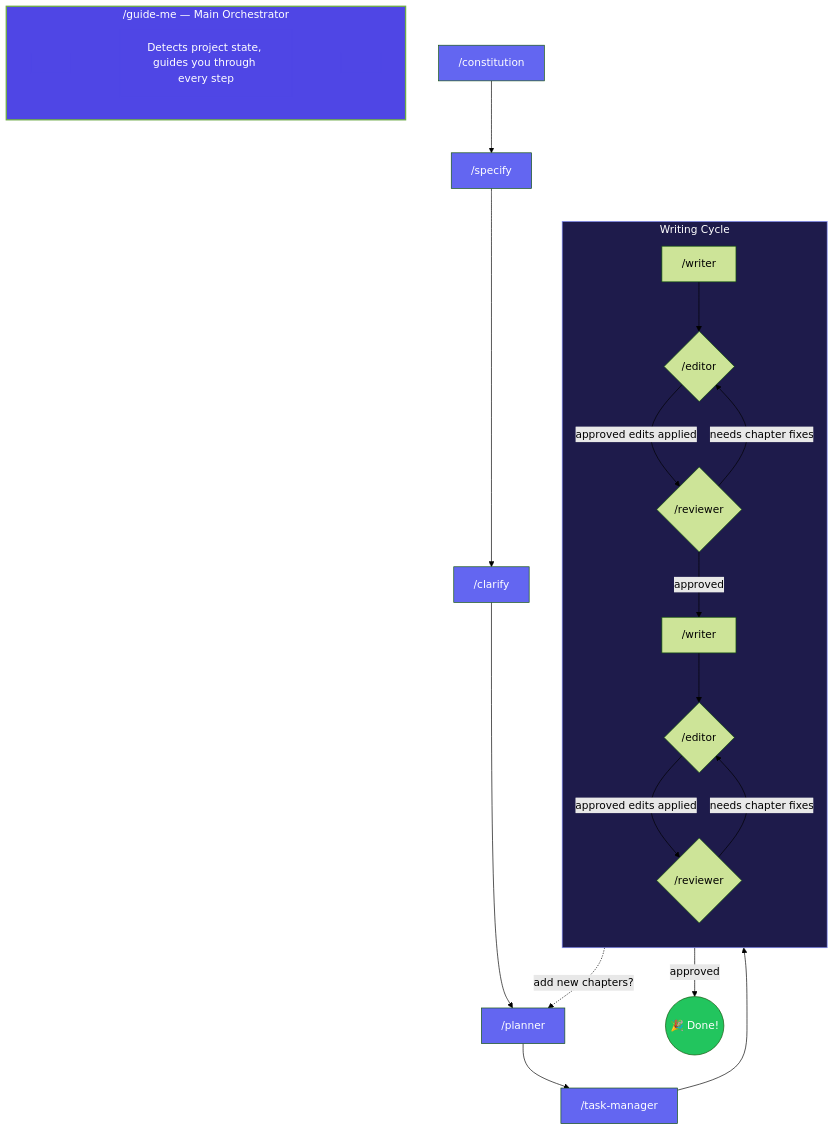
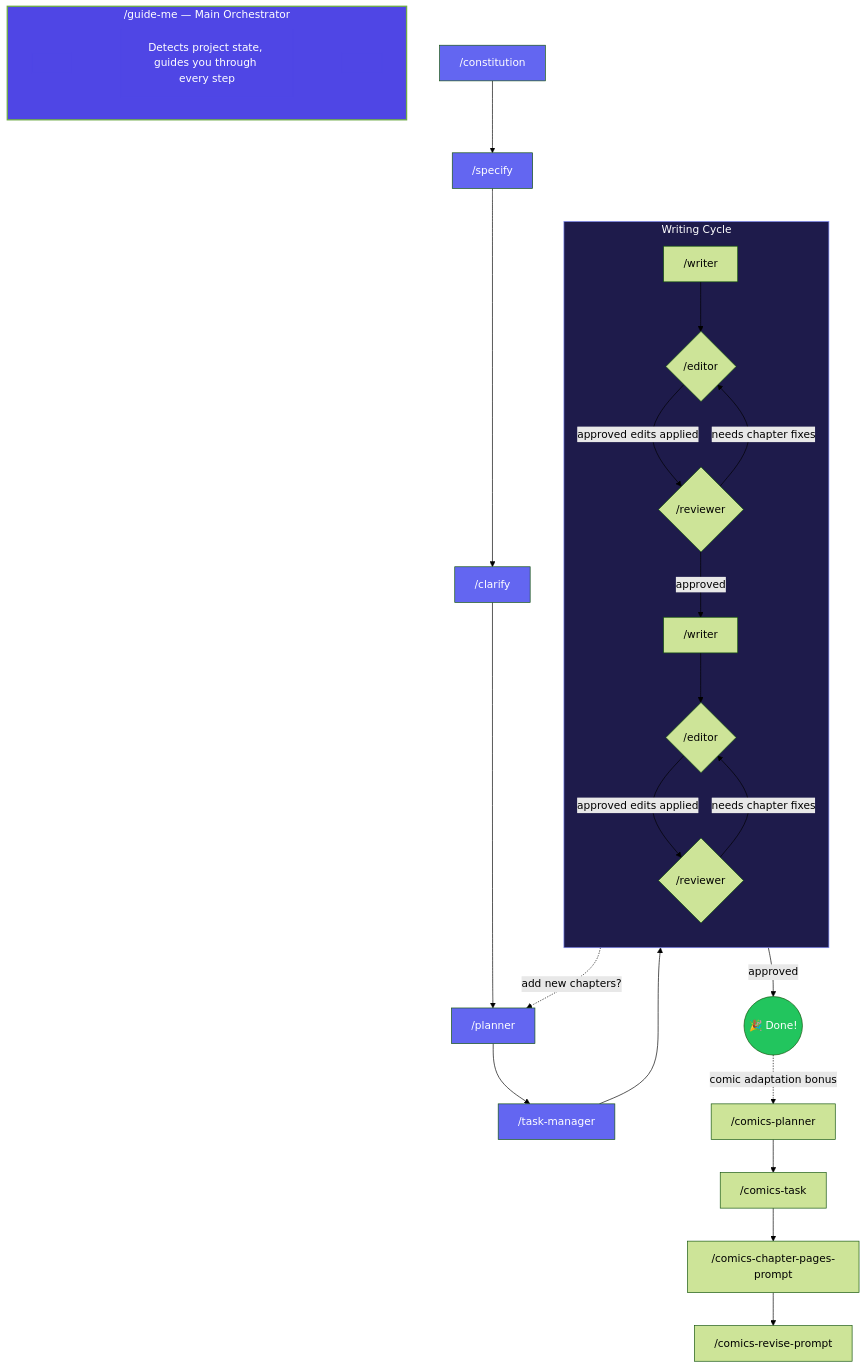
Before and after one commit to JeroTan/novel-writer-english: the diagram in README.md, drawn with Mermaid (forest theme). The commit also changed other lines of this file and 16 other files, not shown here.

Commit message:
feat: added comic creation workflow as a bonus after light novel

````diff
--- a/README.md
+++ b/README.md
@@ -41,41 +42,45 @@
 ```mermaid
 flowchart TD
     subgraph GUIDE["/guide-me — Main Orchestrator"]
         direction LR
         GLEFT[" "] ~~~ GTEXT["Detects project state, guides you through every step"] ~~~ GRIGHT[" "]
     end
 
     B["/constitution"] --> C["/specify"]
     C --> D["/clarify"]
     D --> E["/planner"]
     E --> F["/task-manager"]
     F --> WC
 
     subgraph WC["Writing Cycle"]
         direction TB
         W1["/writer"] --> E1{"/editor"}
         E1 -->|"approved edits applied"| R1{"/reviewer"}
         R1 -->|"needs chapter fixes"| E1
         R1 -->|"approved"| W2["/writer"]
         W2 --> E2{"/editor"}
         E2 -->|"approved edits applied"| R2{"/reviewer"}
         R2 -->|"needs chapter fixes"| E2
     end
 
     R2 -->|"approved"| DONE(("🎉 Done!"))
 
     WC -.->|"add new chapters?"| E
+    DONE -.->|"comic adaptation bonus"| CP["/comics-planner"]
+    CP --> CT["/comics-task"]
+    CT --> CPP["/comics-chapter-pages-prompt"]
+    CPP --> CRP["/comics-revise-prompt"]
 
     style GUIDE fill:#4f46e5,color:#fff,stroke-width:2px
     style GLEFT fill:#4f46e5,stroke:#4f46e5,color:#4f46e5
     style GRIGHT fill:#4f46e5,stroke:#4f46e5,color:#4f46e5
     style GTEXT fill:#4f46e5,stroke:#4f46e5,color:#fff
 
     style B fill:#6366f1,color:#fff
     style C fill:#6366f1,color:#fff
     style D fill:#6366f1,color:#fff
     style E fill:#6366f1,color:#fff
     style F fill:#6366f1,color:#fff
     style WC fill:#1e1b4b,color:#fff,stroke:#818cf8
     style DONE fill:#22c55e,color:#fff
 ```
````
